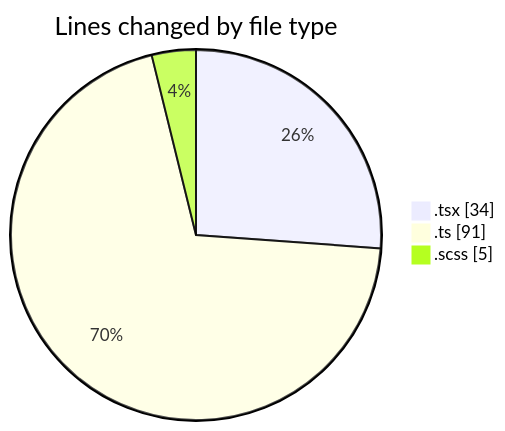
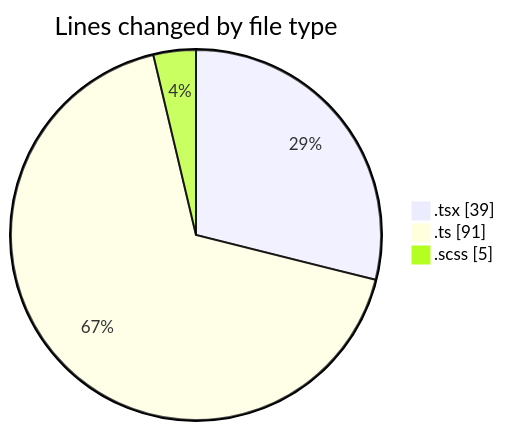
One commit to momahboobian/code-tracking changed the first of 2 diagrams in 2025-10-07/cda/README.md. Above: the diagram before and after it, drawn with Mermaid. The commit also changed other lines of this file and 1 other file, not shown here.

````diff
--- a/2025-10-07/cda/README.md
+++ b/2025-10-07/cda/README.md
@@ -24,7 +24,7 @@
 ```mermaid
 pie showData
 title Lines changed by file type
-".tsx" : 34
+".tsx" : 39
 ".ts" : 91
 ".scss" : 5
 ```
````
